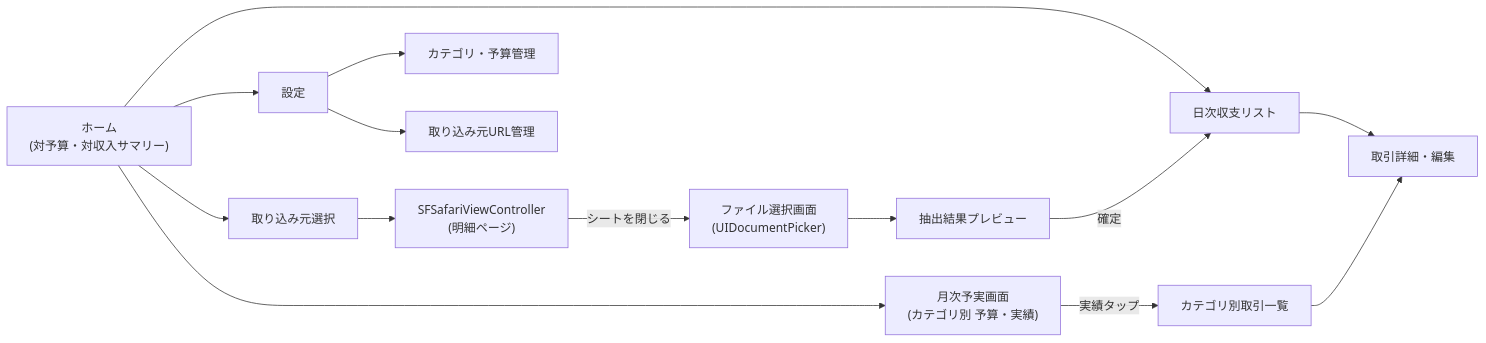
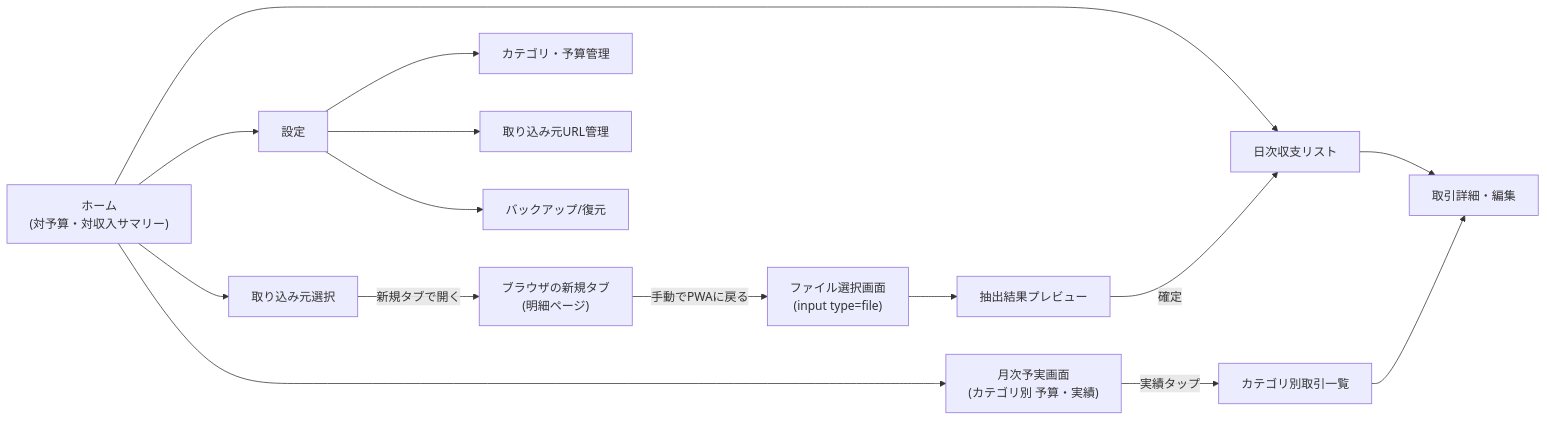
Before and after one commit to gotohhirohiko-netizen/sample: the diagram in docs/design.md, drawn with Mermaid. The commit also changed other lines of this file and 4 other files, not shown here.

````diff
--- a/docs/design.md
+++ b/docs/design.md
@@ -7,16 +7,17 @@
 ```mermaid
 flowchart LR
     Home["ホーム<br/>(対予算・対収入サマリー)"] --> DailyList["日次収支リスト"]
     Home --> BudgetView["月次予実画面<br/>(カテゴリ別 予算・実績)"]
     BudgetView -->|実績タップ| CategoryDrilldown["カテゴリ別取引一覧"]
     Home --> ImportSelect["取り込み元選択"]
-    ImportSelect --> SafariSheet["SFSafariViewController<br/>(明細ページ)"]
-    SafariSheet -->|シートを閉じる| FilePicker["ファイル選択画面<br/>(UIDocumentPicker)"]
+    ImportSelect -->|新規タブで開く| NewTab["ブラウザの新規タブ<br/>(明細ページ)"]
+    NewTab -->|手動でPWAに戻る| FilePicker["ファイル選択画面<br/>(input type=file)"]
     FilePicker --> Preview["抽出結果プレビュー"]
     Preview -->|確定| DailyList
     DailyList --> Detail["取引詳細・編集"]
     CategoryDrilldown --> Detail
     Home --> Settings["設定"]
     Settings --> CategoryManage["カテゴリ・予算管理"]
     Settings --> SourceManage["取り込み元URL管理"]
+    Settings --> Backup["バックアップ/復元"]
 ```
````
